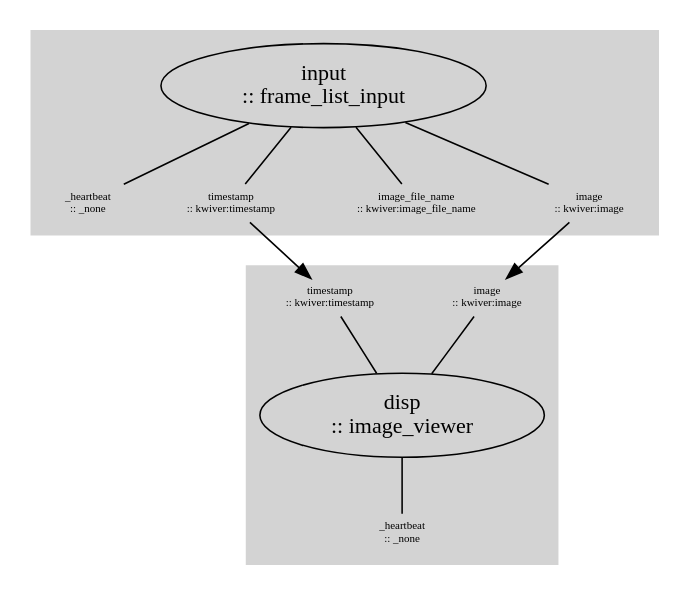
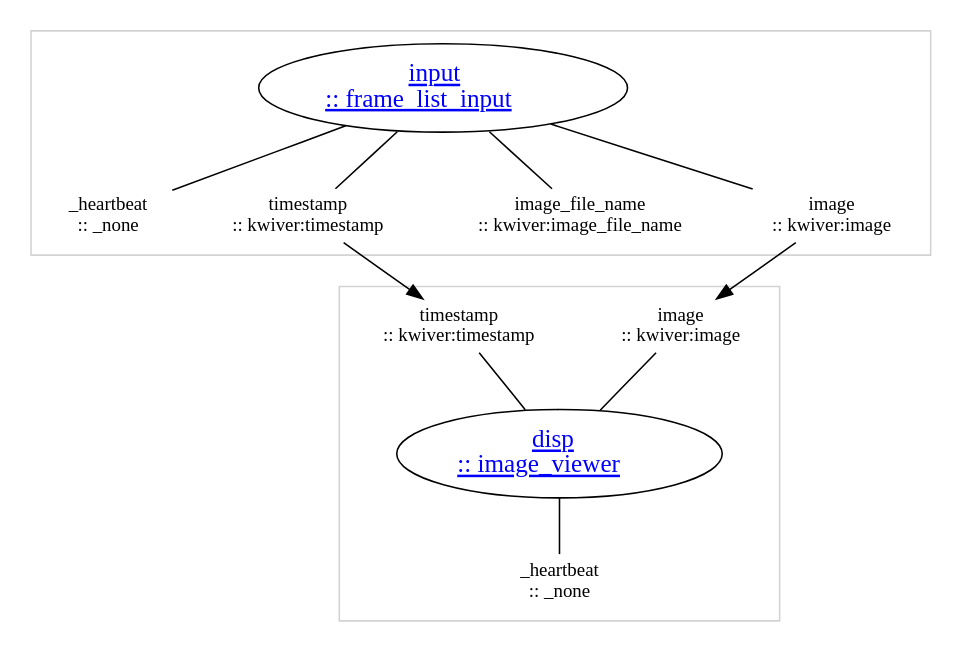
One commit to VIAME/VIAME changed the diagram in doc/manuals/pipelines/image_display.gv. Above: the diagram before and after it, drawn with Graphviz. The commit also changed 3 other files, not shown here.

Commit message:
Updates for viewing pipeline graphs and autogenerated process content

```diff
--- a/doc/manuals/pipelines/image_display.gv
+++ b/doc/manuals/pipelines/image_display.gv
@@ -1,39 +1,39 @@
 strict digraph "unnamed" {
 clusterrank=local;
 
 subgraph "cluster_disp" {
-color=lightgray;style=filled;fillcolor=lightgray;
+color=lightgray;
 
-"disp_main" [label="disp\n:: image_viewer",shape=ellipse,rank=same, href="../sprokit/processes/image_viewer.html"];
+"disp_main" [label=<<u>disp<br/>:: image_viewer</u>>,shape=ellipse,rank=same,fontcolor=blue,fontsize=16,href="../sprokit/processes/frame_list_input.html"];
 
-"disp_input_image" [label="image\n:: kwiver:image",shape=none,height=0,width=0,fontsize=7];
+"disp_input_image" [label="image\n:: kwiver:image",shape=none,height=0,width=0,fontsize=12];
 "disp_input_image" -> "disp_main" [arrowhead=none,color=black];
-"disp_input_timestamp" [label="timestamp\n:: kwiver:timestamp",shape=none,height=0,width=0,fontsize=7];
+"disp_input_timestamp" [label="timestamp\n:: kwiver:timestamp",shape=none,height=0,width=0,fontsize=12];
 "disp_input_timestamp" -> "disp_main" [arrowhead=none,color=black];
 
-"disp_output__heartbeat" [label="_heartbeat\n:: _none",shape=none,height=0,width=0,fontsize=7];
+"disp_output__heartbeat" [label="_heartbeat\n:: _none",shape=none,height=0,width=0,fontsize=12];
 "disp_main" -> "disp_output__heartbeat" [arrowhead=none,color=black];
 
 }
 
 subgraph "cluster_input" {
-color=lightgray;style=filled;fillcolor=lightgray;
+color=lightgray;
 
-"input_main" [label="input\n:: frame_list_input",shape=ellipse,rank=same, href="../sprokit/processes/frame_list_input.html"];
+"input_main" [label=<<u>input<br/>:: frame_list_input</u>>,shape=ellipse,rank=same,fontcolor=blue,fontsize=16,href="../sprokit/processes/frame_list_input.html"];
 
 
-"input_output__heartbeat" [label="_heartbeat\n:: _none",shape=none,height=0,width=0,fontsize=7];
+"input_output__heartbeat" [label="_heartbeat\n:: _none",shape=none,height=0,width=0,fontsize=12];
 "input_main" -> "input_output__heartbeat" [arrowhead=none,color=black];
-"input_output_image" [label="image\n:: kwiver:image",shape=none,height=0,width=0,fontsize=7];
+"input_output_image" [label="image\n:: kwiver:image",shape=none,height=0,width=0,fontsize=12];
 "input_main" -> "input_output_image" [arrowhead=none,color=black];
-"input_output_image_file_name" [label="image_file_name\n:: kwiver:image_file_name",shape=none,height=0,width=0,fontsize=7];
+"input_output_image_file_name" [label="image_file_name\n:: kwiver:image_file_name",shape=none,height=0,width=0,fontsize=12];
 "input_main" -> "input_output_image_file_name" [arrowhead=none,color=black];
-"input_output_timestamp" [label="timestamp\n:: kwiver:timestamp",shape=none,height=0,width=0,fontsize=7];
+"input_output_timestamp" [label="timestamp\n:: kwiver:timestamp",shape=none,height=0,width=0,fontsize=12];
 "input_main" -> "input_output_timestamp" [arrowhead=none,color=black];
 
 }
 
 "input_output_image" -> "disp_input_image" [minlen=1,color=black,weight=1];
 "input_output_timestamp" -> "disp_input_timestamp" [minlen=1,color=black,weight=1];
 
 }
```
